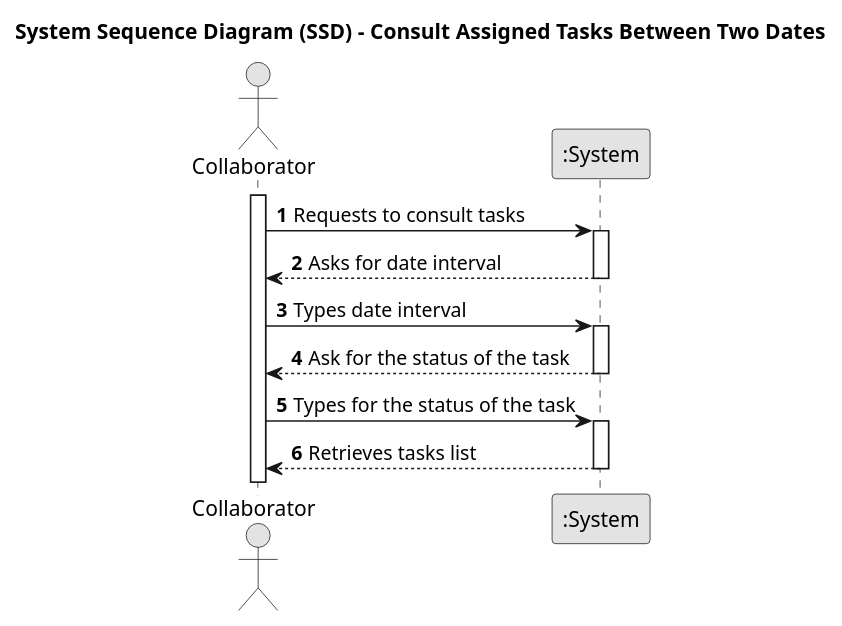
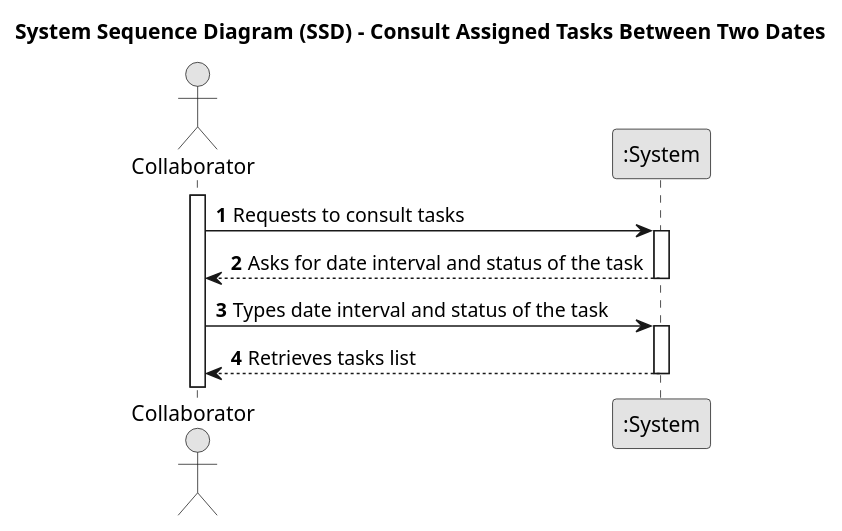
Before and after one commit to Departamento-de-Engenharia-Informatica/lei-24-s2-1df-1de-g063: the diagram in docs/SprintC/us28/01.requirements-engineering/puml/us028-system-sequence-diagram-alternative-one.puml, drawn with PlantUML. The commit also changed 5 other files, not shown here.

```diff
--- a/docs/SprintC/us28/01.requirements-engineering/puml/us028-system-sequence-diagram-alternative-one.puml
+++ b/docs/SprintC/us28/01.requirements-engineering/puml/us028-system-sequence-diagram-alternative-one.puml
@@ -1,36 +1,28 @@
 @startuml
 skinparam monochrome true
 skinparam packageStyle rectangle
 skinparam shadowing false
 
 title System Sequence Diagram (SSD) - Consult Assigned Tasks Between Two Dates
 
 autonumber
 
 actor "Collaborator" as Collaborator
 participant ":System" as System
 
 activate Collaborator
 
     Collaborator -> System : Requests to consult tasks
     activate System
 
-        System --> Collaborator : Asks for date interval
+        System --> Collaborator : Asks for date interval and status of the task
     deactivate System
 
 
-Collaborator -> System : Types date interval
-    activate System
-
-        System --> Collaborator : Ask for the status of the task
-    deactivate System
-
-
-
-    Collaborator -> System : Types for the status of the task
+Collaborator -> System : Types date interval and status of the task
     activate System
 
         System --> Collaborator : Retrieves tasks list
     deactivate System
 
 @enduml
```
